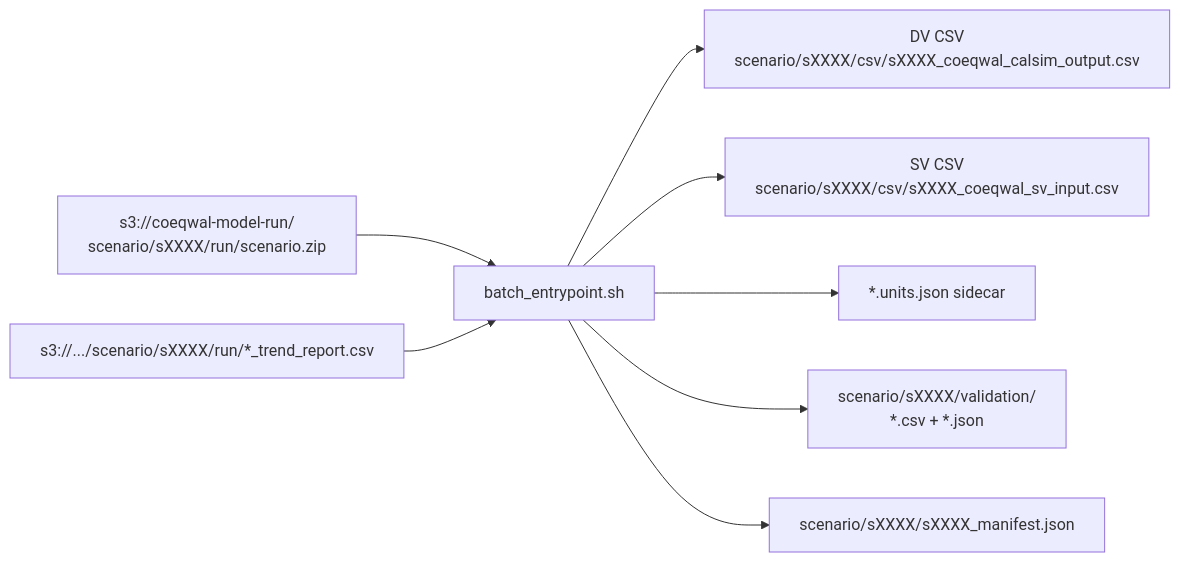
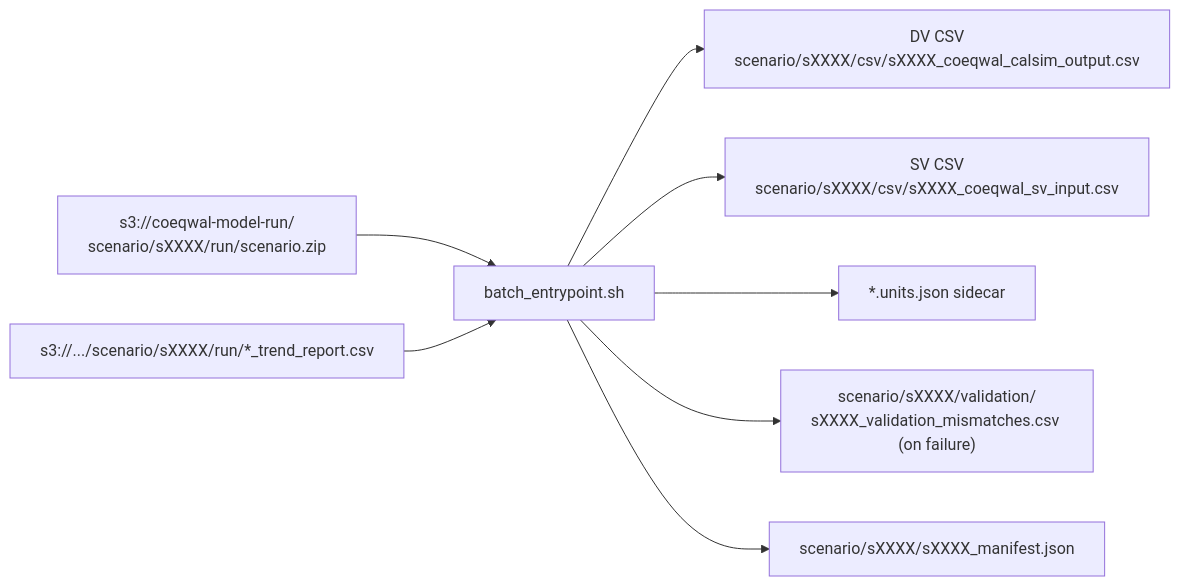
The diagram in etl/batch-container/README.md (berkeley-gif/coeqwal-data-platform), drawn with Mermaid before and after one commit. The commit also changed other lines of this file and 35 other files, not shown here.

````diff
--- a/etl/batch-container/README.md
+++ b/etl/batch-container/README.md
@@ -53,19 +53,19 @@
 ```mermaid
 flowchart LR
   In["s3://coeqwal-model-run/<br/>scenario/sXXXX/run/scenario.zip"]
   Trend["s3://.../scenario/sXXXX/run/*_trend_report.csv"]
   Container["batch_entrypoint.sh"]
   DV["DV CSV<br/>scenario/sXXXX/csv/sXXXX_coeqwal_calsim_output.csv"]
   SV["SV CSV<br/>scenario/sXXXX/csv/sXXXX_coeqwal_sv_input.csv"]
   Units["*.units.json sidecar"]
-  Valid["scenario/sXXXX/validation/<br/>*.csv + *.json"]
+  Valid["scenario/sXXXX/validation/<br/>sXXXX_validation_mismatches.csv (on failure)"]
   Man["scenario/sXXXX/sXXXX_manifest.json"]
 
   In --> Container
   Trend --> Container
   Container --> DV
   Container --> SV
   Container --> Units
   Container --> Valid
   Container --> Man
 ```
````
